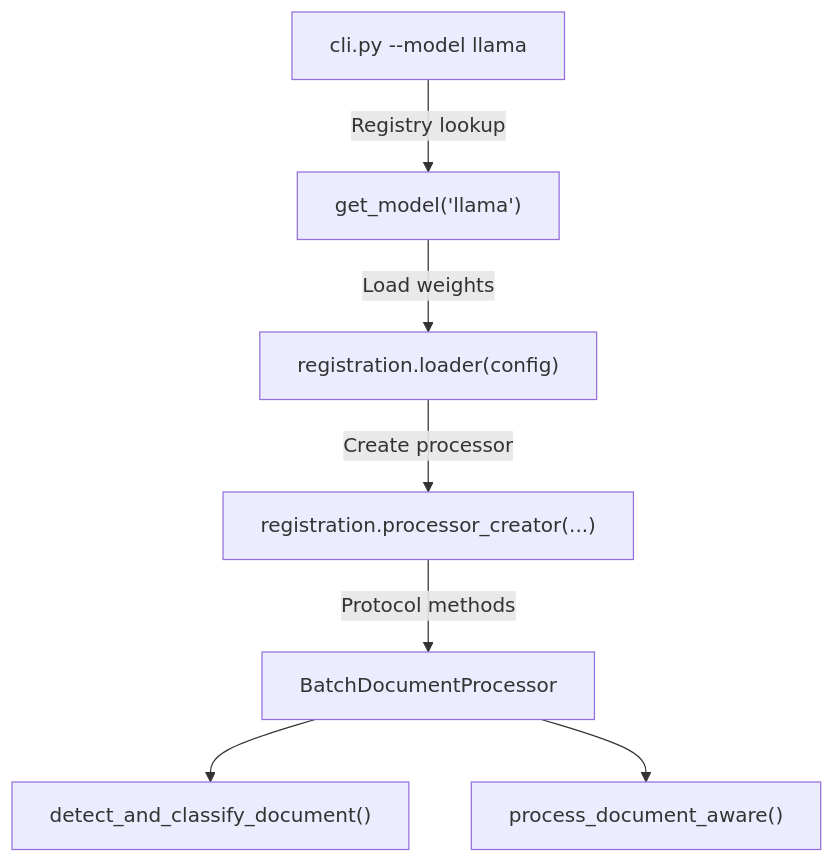
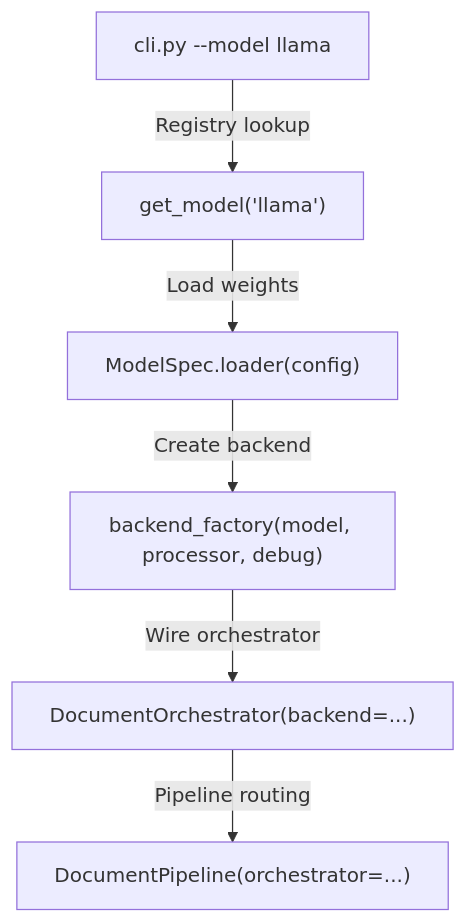
Before and after one commit to tmnestor/LMM_POC: the third of 5 diagrams in README.md, drawn with Mermaid. The commit also changed other lines of this file and 2 other files, not shown here.

Commit message:
📝 docs: rewrite README for post-refactor architecture, add Bedrock integration guide

````diff
--- a/README.md
+++ b/README.md
@@ -209,17 +272,15 @@
 ```mermaid
 graph TD
     A["cli.py --model llama"]
     B["get_model('llama')"]
-    C["registration.loader(config)"]
-    D["registration.processor_creator(...)"]
-    E["BatchDocumentProcessor"]
-    F["detect_and_classify_document()"]
-    G["process_document_aware()"]
+    C["ModelSpec.loader(config)"]
+    D["backend_factory(model, processor, debug)"]
+    E["DocumentOrchestrator(backend=...)"]
+    F["DocumentPipeline(orchestrator=...)"]
 
     A -->|"Registry lookup"| B
     B -->|"Load weights"| C
-    C -->|"Create processor"| D
-    D -->|"Protocol methods"| E
-    E --> F
-    E --> G
+    C -->|"Create backend"| D
+    D -->|"Wire orchestrator"| E
+    E -->|"Pipeline routing"| F
 ```
````
